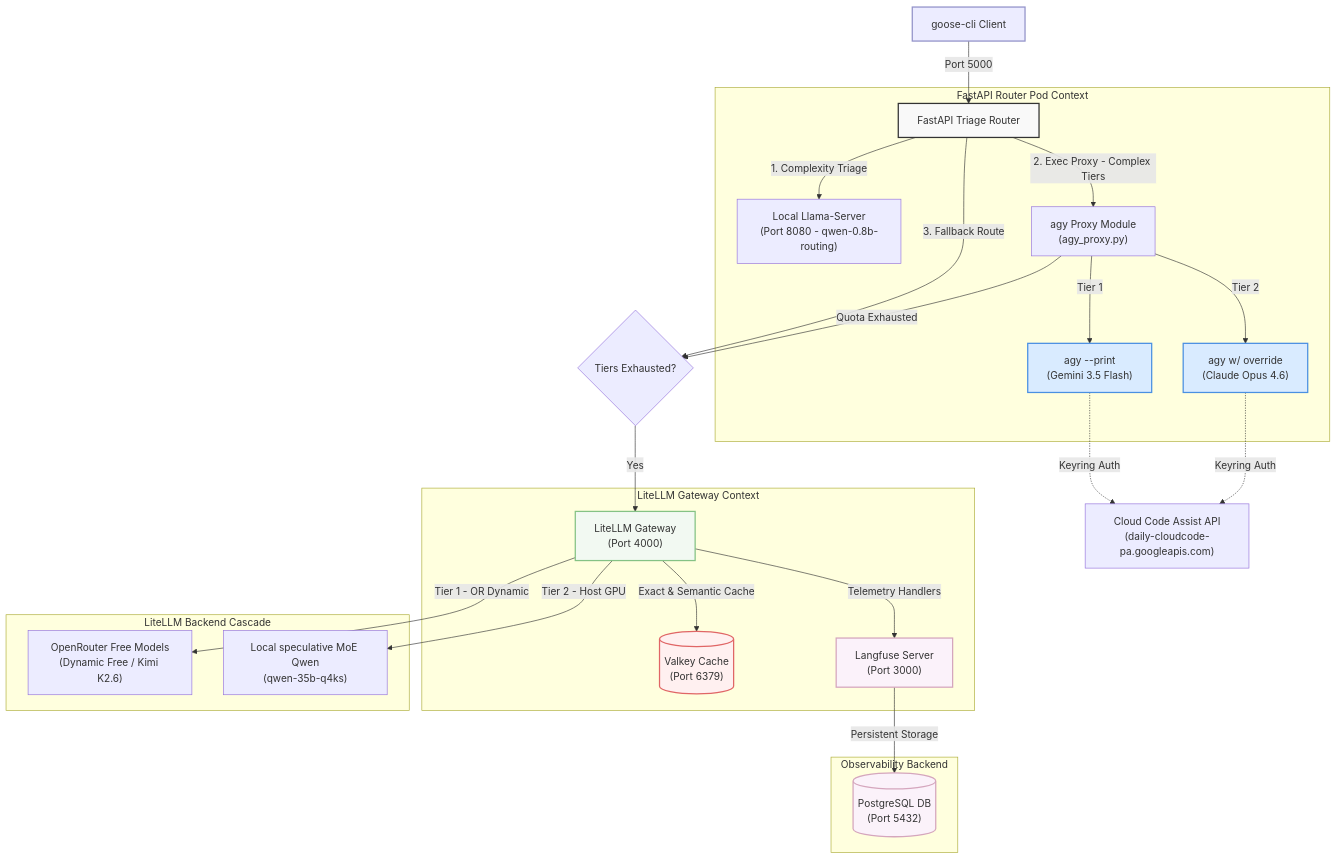
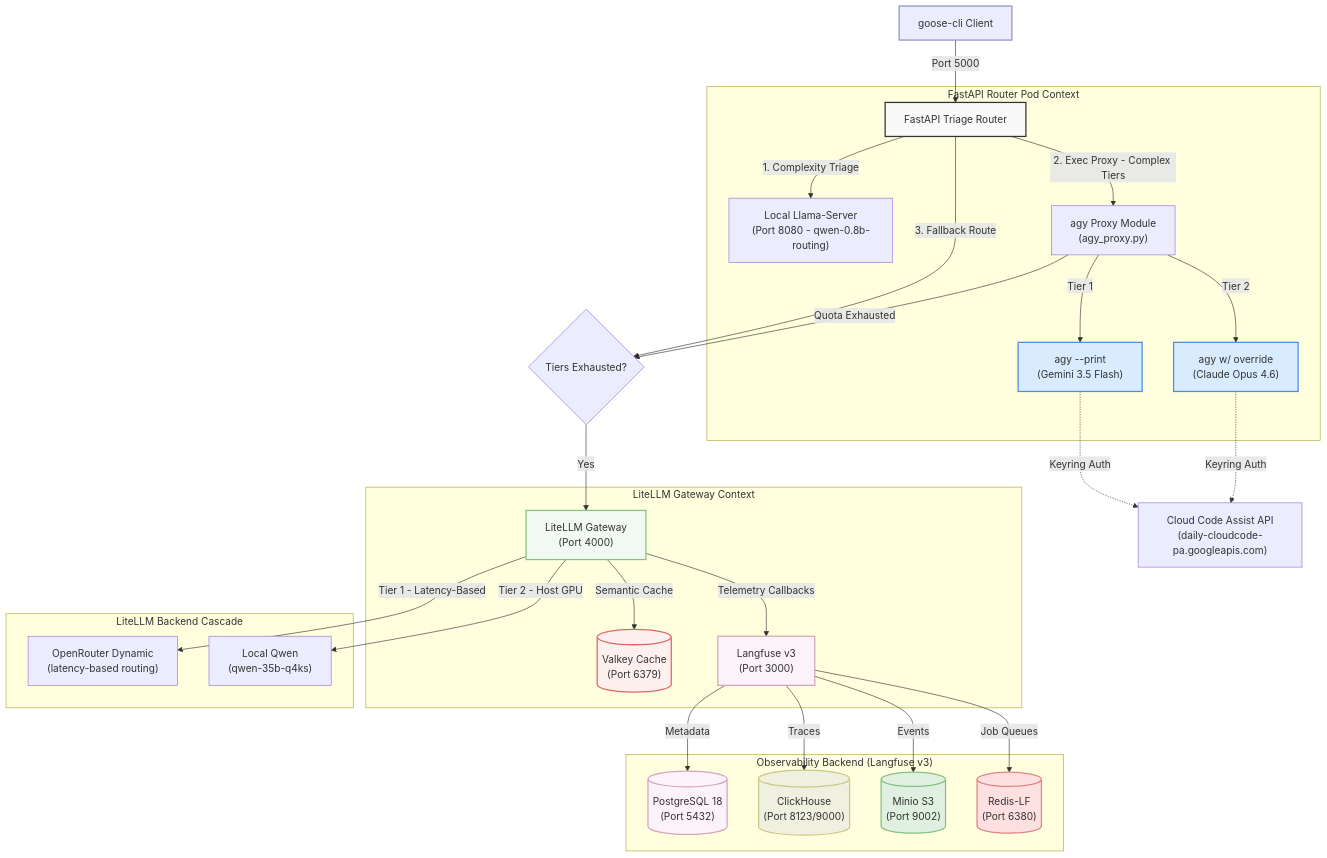
The first of 2 diagrams in README.md (sheepdestroyer/LLM-Routing), drawn with Mermaid before and after one commit. The commit also changed other lines of this file and 1 other file, not shown here.

First line of the commit message:
K5: Document local nomic-embed model for zero-cost semantic caching

````diff
--- a/README.md
+++ b/README.md
@@ -15,42 +15,48 @@
 ```mermaid
 graph TD
     Client["goose-cli Client"] -->|Port 5000| Router["FastAPI Triage Router"]
     
     subgraph FastAPIRouter ["FastAPI Router Pod Context"]
         Router -->|1. Complexity Triage| LlamaServer["Local Llama-Server\n(Port 8080 - qwen-0.8b-routing)"]
         Router -->|"2. Exec Proxy - Complex Tiers"| AgyProxy["agy Proxy Module\n(agy_proxy.py)"]
         
         AgyProxy -->|Tier 1| AgyGemini["agy --print\n(Gemini 3.5 Flash)"]
         AgyProxy -->|Tier 2| AgyOpus["agy w/ override\n(Claude Opus 4.6)"]
     end
 
     AgyGemini -.->|Keyring Auth| Google["Cloud Code Assist API\n(daily-cloudcode-pa.googleapis.com)"]
     AgyOpus -.->|Keyring Auth| Google
 
     Router -->|3. Fallback Route| RouteSelector{"Tiers Exhausted?"}
     RouteSelector -->|Yes| LiteLLM["LiteLLM Gateway\n(Port 4000)"]
     AgyProxy -->|Quota Exhausted| RouteSelector
 
     subgraph LiteLLMGateway ["LiteLLM Gateway Context"]
-        LiteLLM -->|Exact & Semantic Cache| Valkey[("Valkey Cache\n(Port 6379)")]
-        LiteLLM -->|Telemetry Handlers| Langfuse["Langfuse Server\n(Port 3000)"]
+        LiteLLM -->|Semantic Cache| Valkey[("Valkey Cache\n(Port 6379)")]
+        LiteLLM -->|Telemetry Callbacks| Langfuse["Langfuse v3\n(Port 3000)"]
     end
 
     subgraph BackendRoutingCascade ["LiteLLM Backend Cascade"]
-        LiteLLM -->|Tier 1 - OR Dynamic| OpenRouter["OpenRouter Free Models\n(Dynamic Free / Kimi K2.6)"]
-        LiteLLM -->|Tier 2 - Host GPU| QwenLocal["Local speculative MoE Qwen\n(qwen-35b-q4ks)"]
+        LiteLLM -->|Tier 1 - Latency-Based| OpenRouter["OpenRouter Dynamic\n(latency-based routing)"]
+        LiteLLM -->|Tier 2 - Host GPU| QwenLocal["Local Qwen\n(qwen-35b-q4ks)"]
     end
 
-    subgraph Observability ["Observability Backend"]
-        Langfuse -->|Persistent Storage| Postgres[("PostgreSQL DB\n(Port 5432)")]
+    subgraph Observability ["Observability Backend (Langfuse v3)"]
+        Langfuse -->|Metadata| Postgres[("PostgreSQL 18\n(Port 5432)")]
+        Langfuse -->|Traces| ClickHouse[("ClickHouse\n(Port 8123/9000)")]
+        Langfuse -->|Events| Minio[("Minio S3\n(Port 9002)")]
+        Langfuse -->|Job Queues| RedisLF[("Redis-LF\n(Port 6380)")]
     end
     
     style Client fill:#ececff,stroke:#9393c9,stroke-width:2px;
     style Router fill:#f9f9f9,stroke:#333,stroke-width:2px;
     style AgyGemini fill:#d9ebff,stroke:#4a90e2,stroke-width:2px;
     style AgyOpus fill:#d9ebff,stroke:#4a90e2,stroke-width:2px;
     style LiteLLM fill:#f2f9f2,stroke:#85c285,stroke-width:2px;
     style Valkey fill:#fff0f0,stroke:#e06666,stroke-width:2px;
     style Langfuse fill:#fbf2fa,stroke:#d5a6bd,stroke-width:2px;
     style Postgres fill:#fbf2fa,stroke:#d5a6bd,stroke-width:2px;
+    style ClickHouse fill:#f0f0e0,stroke:#c9c985,stroke-width:2px;
+    style Minio fill:#e0f0e0,stroke:#85c285,stroke-width:2px;
+    style RedisLF fill:#ffe0e0,stroke:#e08585,stroke-width:2px;
 ```
````
